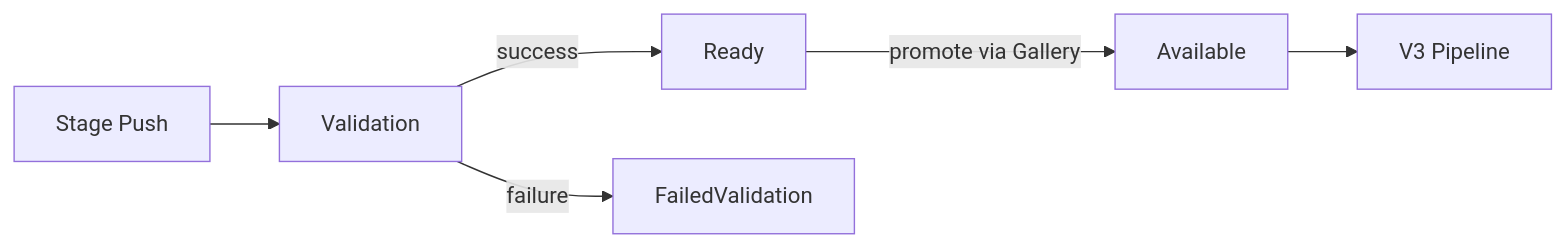
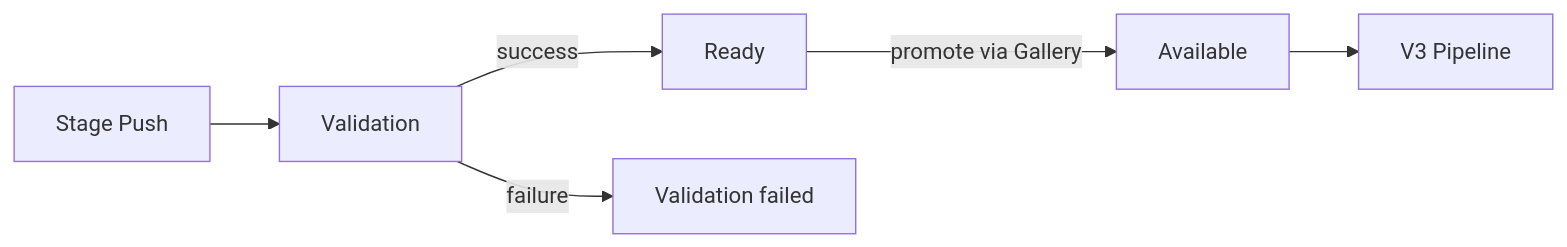
Before and after one commit to NuGet/Home: the diagram in accepted/2026/package-staging.md, drawn with Mermaid.

Commit message:
Fix casing of validation failed state

````diff
--- a/accepted/2026/package-staging.md
+++ b/accepted/2026/package-staging.md
@@ -40,8 +40,8 @@
 ```mermaid
 flowchart LR
     Push["Stage Push"] --> Validation
     Validation -->|success| Ready
-    Validation -->|failure| FailedValidation
+    Validation -->|failure| ValidationFailed["Validation failed"]
     Ready -->|promote via Gallery| Available
     Available --> V3["V3 Pipeline"]
 ```
````
